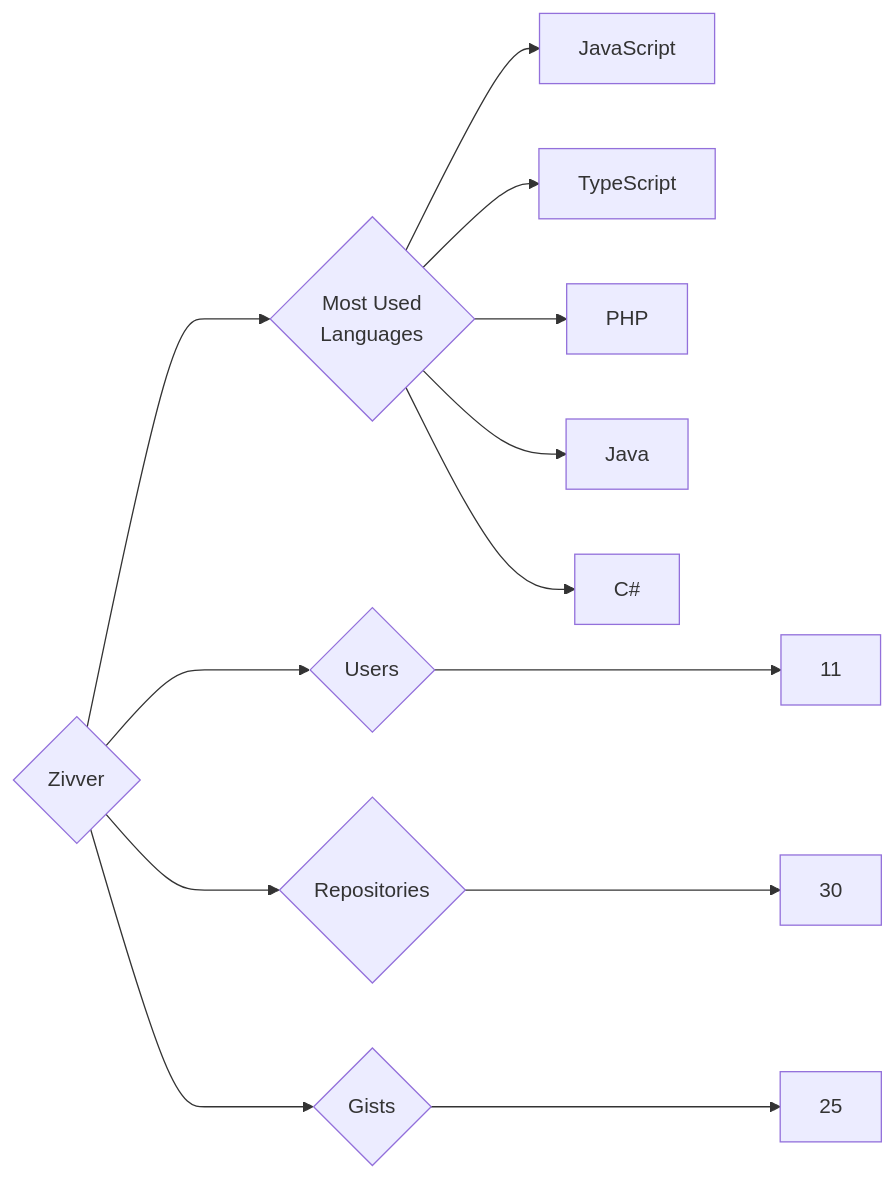
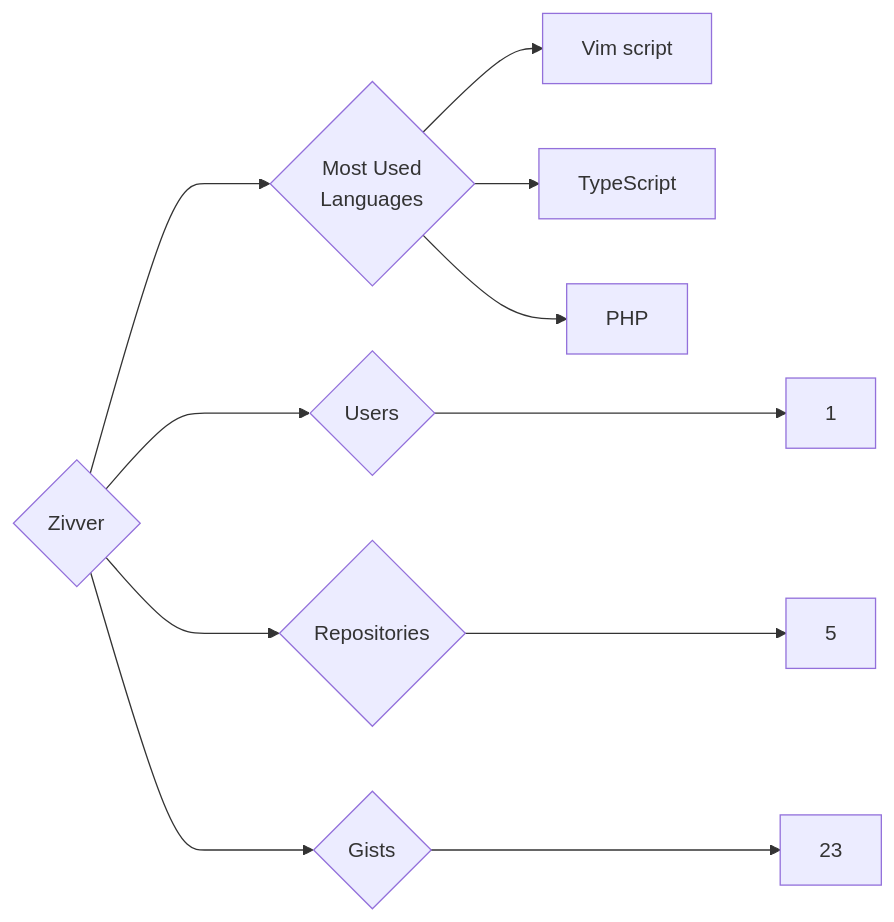
Before and after one commit to trickest/insiders: the diagram in targets/Zivver/README.md, drawn with Mermaid. The commit also changed 878 other files, not shown here.

````diff
--- a/targets/Zivver/README.md
+++ b/targets/Zivver/README.md
@@ -3,13 +3,11 @@
 ```mermaid
 graph LR
 COMPANY_NAME{Zivver}
-COMPANY_NAME ---> U{Users} ---> UN[11]
-COMPANY_NAME ---> R{Repositories} ---> RN[30]
-COMPANY_NAME ---> G{Gists} ---> GN[25]
+COMPANY_NAME ---> U{Users} ---> UN[1]
+COMPANY_NAME ---> R{Repositories} ---> RN[5]
+COMPANY_NAME ---> G{Gists} ---> GN[23]
 COMPANY_NAME ---> ML{Most Used<br>Languages}
-ML --> JavaScript[JavaScript]
+ML --> Vim_script[Vim script]
 ML --> TypeScript[TypeScript]
 ML --> PHP[PHP]
-ML --> Java[Java]
-ML --> C#[C#]
 ```
````
